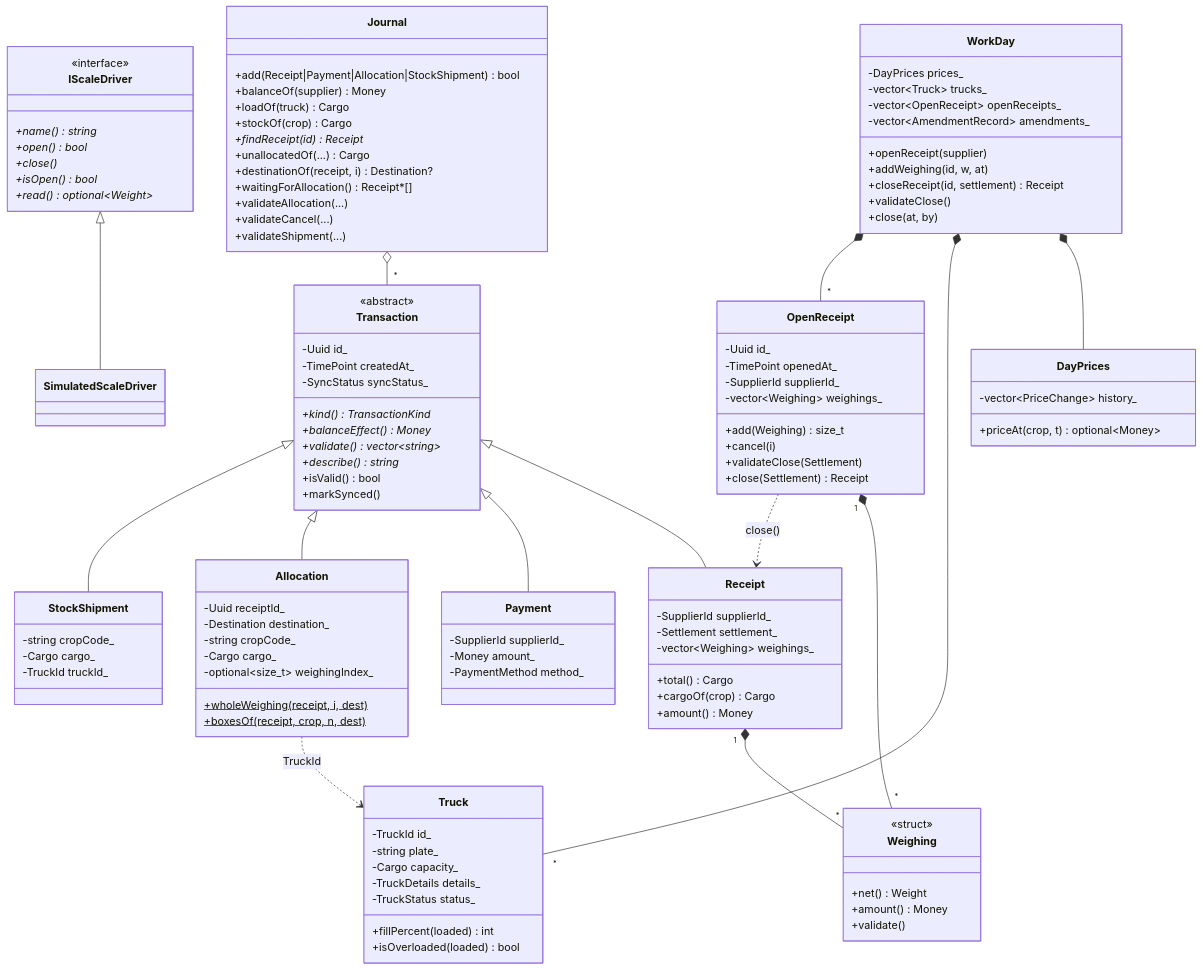
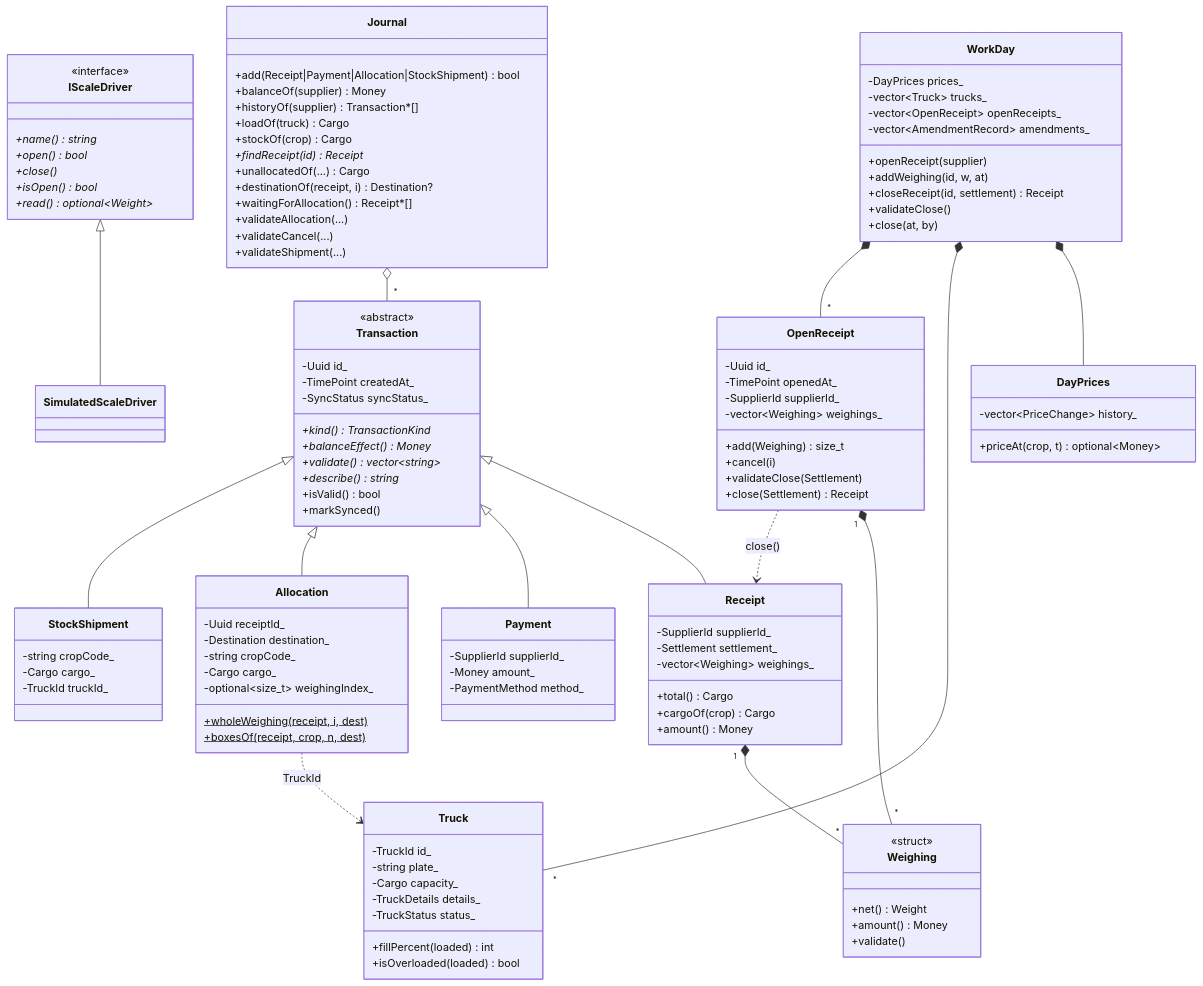
One commit to IsNazarii/Berry-WMS-Terminal changed the first of 3 diagrams in docs/domain.md. Above: the diagram before and after it, drawn with Mermaid. The commit also changed other lines of this file and 3 other files, not shown here.

First line of the commit message:
Core: Journal::historyOf (supplier's receipts and payments by time)

```diff
--- a/docs/domain.md
+++ b/docs/domain.md
@@ -123,6 +123,7 @@
     class Journal {
         +add(Receipt|Payment|Allocation|StockShipment) bool
         +balanceOf(supplier) Money
+        +historyOf(supplier) Transaction*[]
         +loadOf(truck) Cargo
         +stockOf(crop) Cargo
         +findReceipt(id) Receipt*
```
